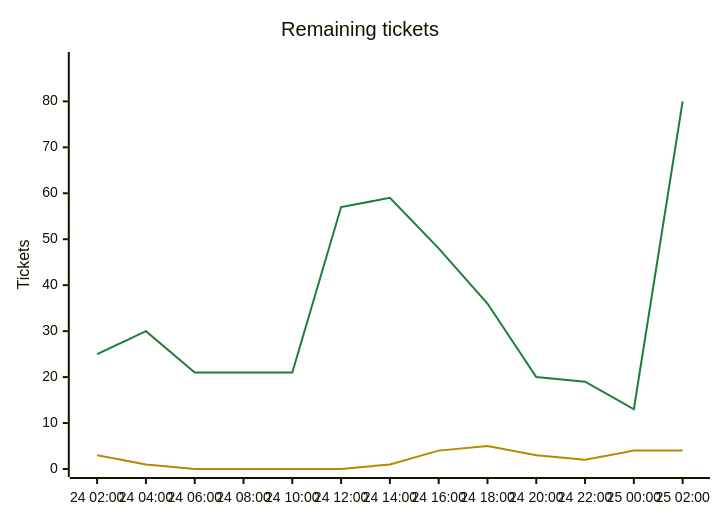
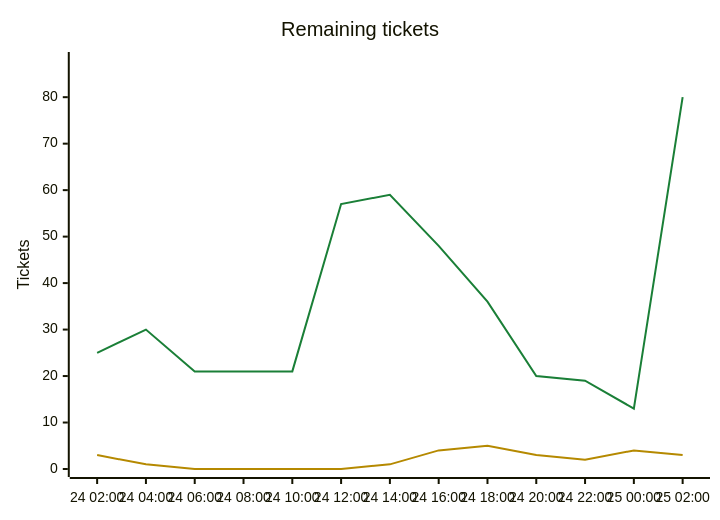
Before and after one commit to Kenmura/Unciv: the second of 2 diagrams in csharp/migration/DEPENDENCY_MAP.md, drawn with Mermaid. The commit also changed other lines of this file and 5 other files, not shown here.

````diff
--- a/csharp/migration/DEPENDENCY_MAP.md
+++ b/csharp/migration/DEPENDENCY_MAP.md
@@ -558,9 +556,9 @@
 ```mermaid
 %%{init: {"themeVariables": {"xyChart": {"plotColorPalette": "#1a7f37, #b58900"}}}}%%
 xychart-beta
     title "Remaining tickets"
     x-axis ["24 02:00", "24 04:00", "24 06:00", "24 08:00", "24 10:00", "24 12:00", "24 14:00", "24 16:00", "24 18:00", "24 20:00", "24 22:00", "25 00:00", "25 02:00"]
-    y-axis "Tickets" 0 --> 89
+    y-axis "Tickets" 0 --> 88
     line [25, 30, 21, 21, 21, 57, 59, 48, 36, 20, 19, 13, 80]
-    line [3, 1, 0, 0, 0, 0, 1, 4, 5, 3, 2, 4, 4]
+    line [3, 1, 0, 0, 0, 0, 1, 4, 5, 3, 2, 4, 3]
 ```
````
